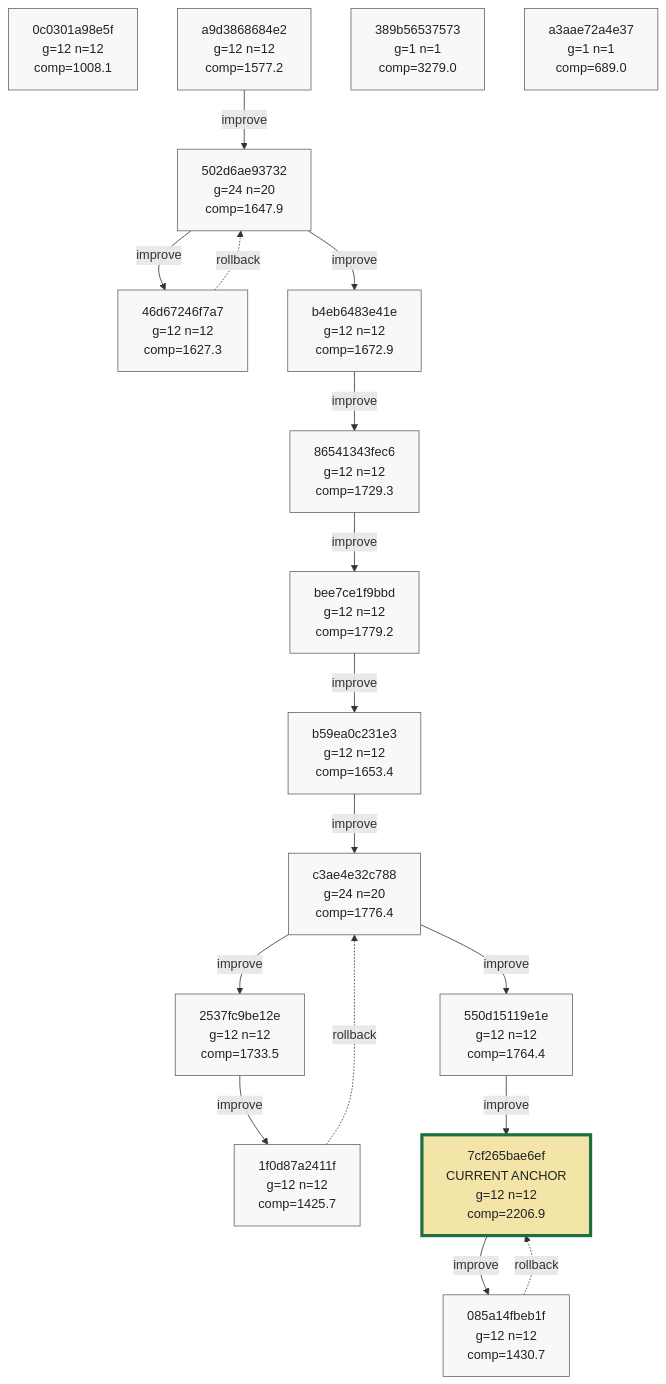
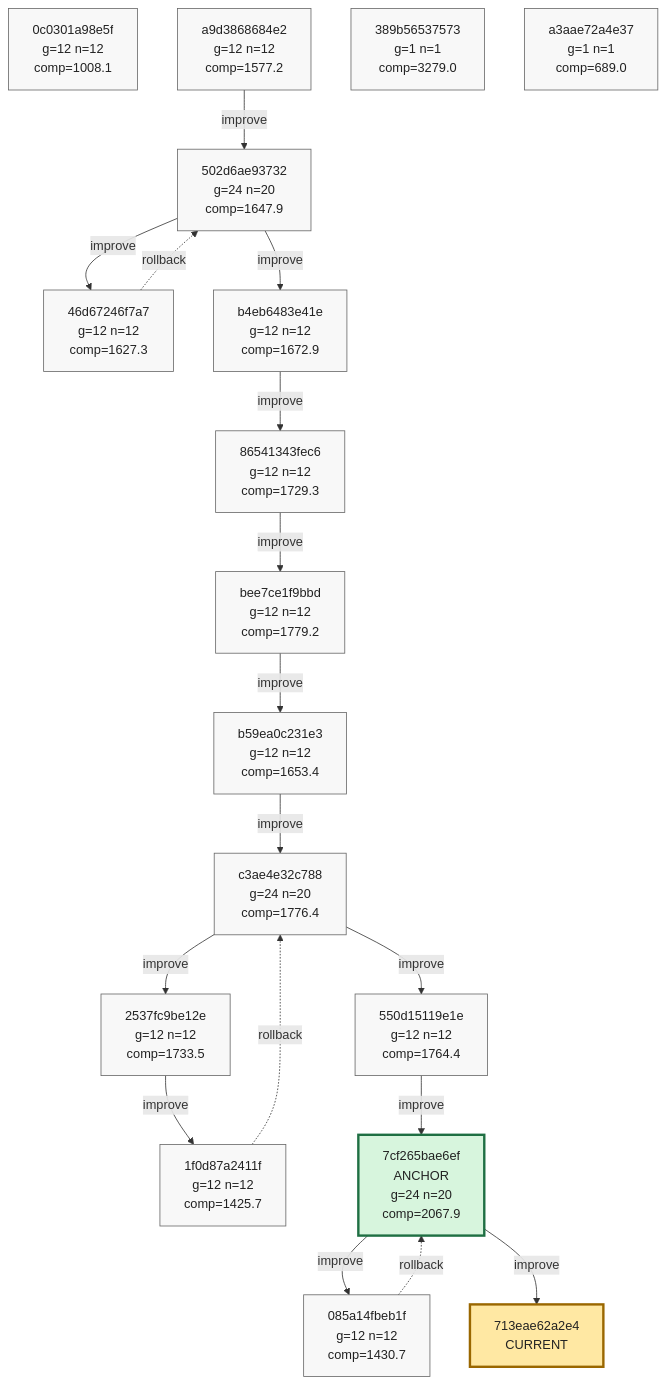
One commit to azumag/soviet_now changed the tenth of 10 diagrams in phyrogenetic-tree.md. Above: the diagram before and after it, drawn with Mermaid. The commit also changed other lines of this file and 2 other files, not shown here.

Commit message:
eloop Improve after 12 games (scores: 5316 1050 985 1937 3707 1676 2231 3432 2590 1432 1173 1766)

````diff
--- a/phyrogenetic-tree.md
+++ b/phyrogenetic-tree.md
@@ -2542,57 +2543,60 @@
 ```mermaid
 flowchart TD
     h_0c0301a98e5f["0c0301a98e5f<br/>g=12 n=12<br/>comp=1008.1"]
     h_a9d3868684e2["a9d3868684e2<br/>g=12 n=12<br/>comp=1577.2"]
     h_502d6ae93732["502d6ae93732<br/>g=24 n=20<br/>comp=1647.9"]
     h_46d67246f7a7["46d67246f7a7<br/>g=12 n=12<br/>comp=1627.3"]
     h_b4eb6483e41e["b4eb6483e41e<br/>g=12 n=12<br/>comp=1672.9"]
     h_86541343fec6["86541343fec6<br/>g=12 n=12<br/>comp=1729.3"]
     h_bee7ce1f9bbd["bee7ce1f9bbd<br/>g=12 n=12<br/>comp=1779.2"]
     h_b59ea0c231e3["b59ea0c231e3<br/>g=12 n=12<br/>comp=1653.4"]
     h_c3ae4e32c788["c3ae4e32c788<br/>g=24 n=20<br/>comp=1776.4"]
     h_2537fc9be12e["2537fc9be12e<br/>g=12 n=12<br/>comp=1733.5"]
     h_1f0d87a2411f["1f0d87a2411f<br/>g=12 n=12<br/>comp=1425.7"]
     h_550d15119e1e["550d15119e1e<br/>g=12 n=12<br/>comp=1764.4"]
-    h_7cf265bae6ef["7cf265bae6ef<br/>CURRENT ANCHOR<br/>g=12 n=12<br/>comp=2206.9"]
+    h_7cf265bae6ef["7cf265bae6ef<br/>ANCHOR<br/>g=24 n=20<br/>comp=2067.9"]
     h_085a14fbeb1f["085a14fbeb1f<br/>g=12 n=12<br/>comp=1430.7"]
     h_389b56537573["389b56537573<br/>g=1 n=1<br/>comp=3279.0"]
     h_a3aae72a4e37["a3aae72a4e37<br/>g=1 n=1<br/>comp=689.0"]
+    h_713eae62a2e4["713eae62a2e4<br/>CURRENT"]
 
     h_a9d3868684e2 -->|improve| h_502d6ae93732
     h_502d6ae93732 -->|improve| h_46d67246f7a7
     h_46d67246f7a7 -. rollback .-> h_502d6ae93732
     h_502d6ae93732 -->|improve| h_b4eb6483e41e
     h_b4eb6483e41e -->|improve| h_86541343fec6
     h_86541343fec6 -->|improve| h_bee7ce1f9bbd
     h_bee7ce1f9bbd -->|improve| h_b59ea0c231e3
     h_b59ea0c231e3 -->|improve| h_c3ae4e32c788
     h_c3ae4e32c788 -->|improve| h_2537fc9be12e
     h_2537fc9be12e -->|improve| h_1f0d87a2411f
     h_1f0d87a2411f -. rollback .-> h_c3ae4e32c788
     h_c3ae4e32c788 -->|improve| h_550d15119e1e
     h_550d15119e1e -->|improve| h_7cf265bae6ef
     h_7cf265bae6ef -->|improve| h_085a14fbeb1f
     h_085a14fbeb1f -. rollback .-> h_7cf265bae6ef
+    h_7cf265bae6ef -->|improve| h_713eae62a2e4
 
     classDef plain fill:#f8f8f8,stroke:#666,stroke-width:1px,color:#222;
     classDef current fill:#ffe8a3,stroke:#9a6700,stroke-width:3px,color:#222;
     classDef anchor fill:#d7f5dd,stroke:#1f6f43,stroke-width:3px,color:#222;
     classDef current_anchor fill:#f3e4a8,stroke:#1f6f43,stroke-width:4px,color:#222;
 
     class h_0c0301a98e5f plain;
     class h_a9d3868684e2 plain;
     class h_502d6ae93732 plain;
     class h_46d67246f7a7 plain;
     class h_b4eb6483e41e plain;
     class h_86541343fec6 plain;
     class h_bee7ce1f9bbd plain;
     class h_b59ea0c231e3 plain;
     class h_c3ae4e32c788 plain;
     class h_2537fc9be12e plain;
     class h_1f0d87a2411f plain;
     class h_550d15119e1e plain;
-    class h_7cf265bae6ef current_anchor;
+    class h_7cf265bae6ef anchor;
     class h_085a14fbeb1f plain;
     class h_389b56537573 plain;
     class h_a3aae72a4e37 plain;
+    class h_713eae62a2e4 current;
 ```
````
